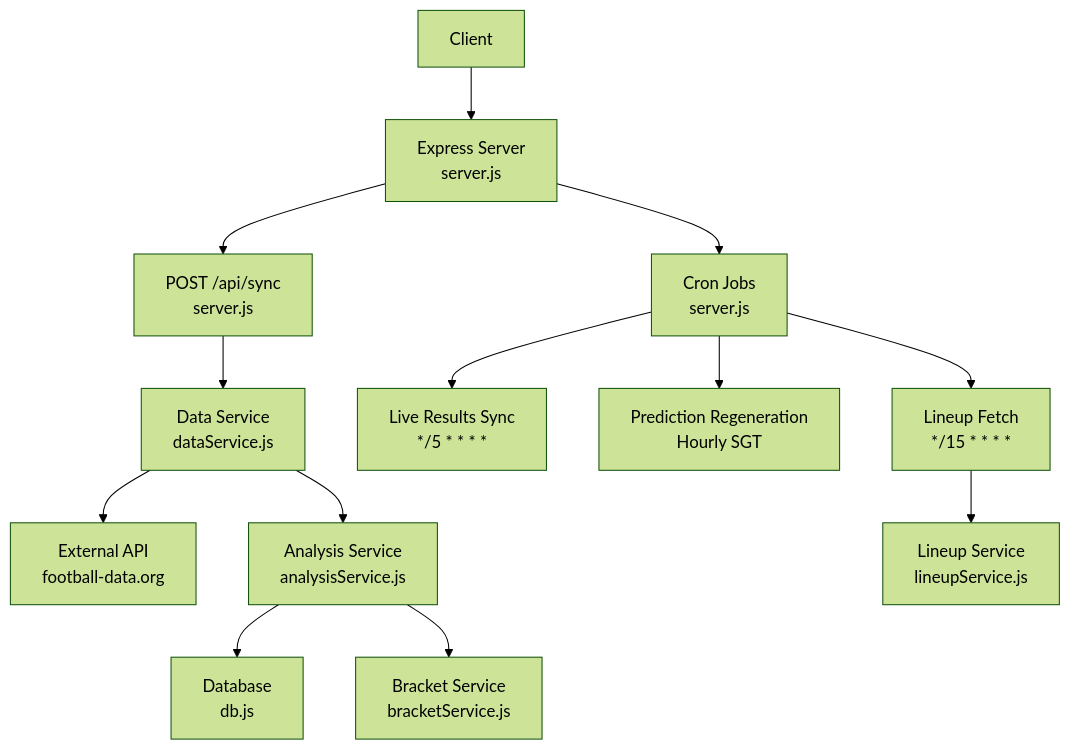
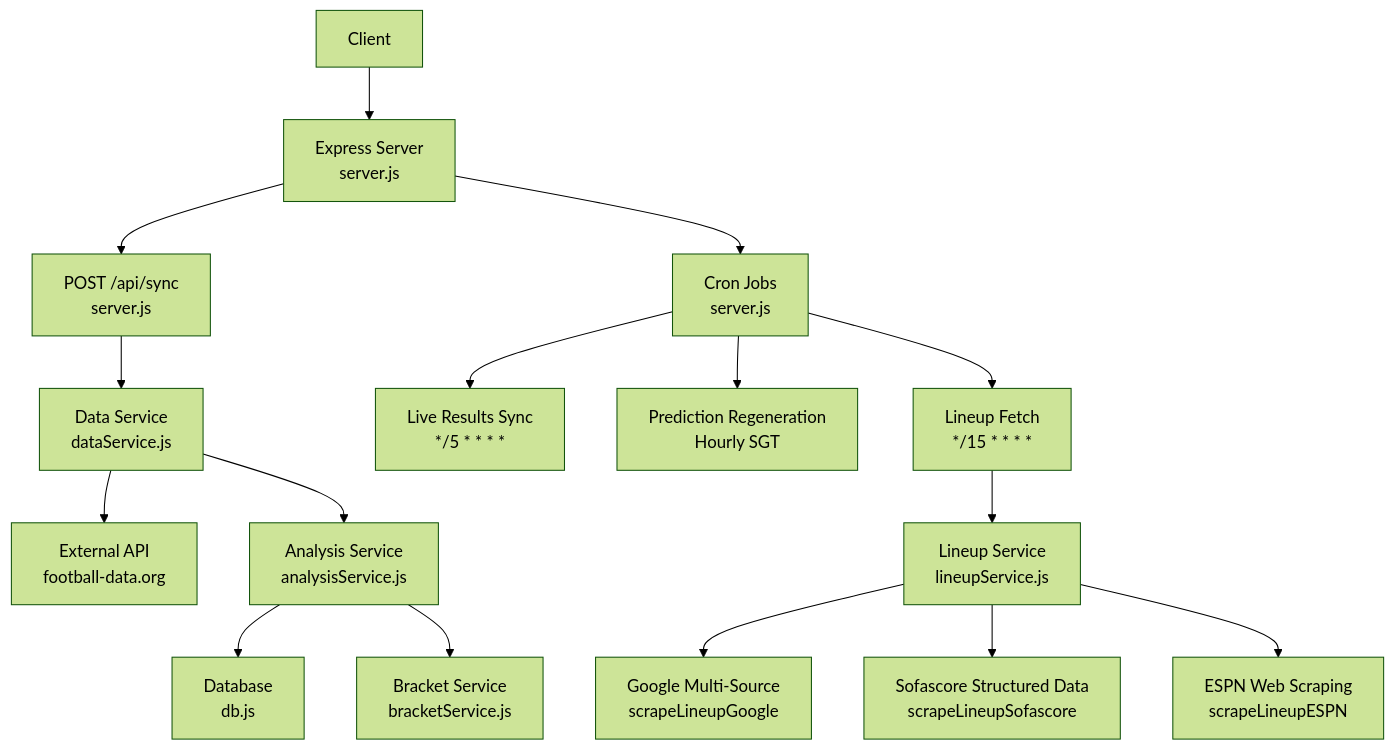
Before and after one commit to cheesiong/WC26-qwen: the first of 6 diagrams in .qoder/repowiki/en/content/Backend API Reference/System Synchronization API.md, drawn with Mermaid (forest theme). The commit also changed other lines of this file and 22 other files, not shown here.

````diff
--- a/.qoder/repowiki/en/content/Backend API Reference/System Synchronization API.md
+++ b/.qoder/repowiki/en/content/Backend API Reference/System Synchronization API.md
@@ -36,15 +43,18 @@
 ```mermaid
 graph TB
 Client["Client"] --> Server["Express Server<br/>server.js"]
 Server --> SyncEndpoint["POST /api/sync<br/>server.js"]
 SyncEndpoint --> DataService["Data Service<br/>dataService.js"]
 DataService --> FootballAPI["External API<br/>football-data.org"]
 DataService --> AnalysisService["Analysis Service<br/>analysisService.js"]
 AnalysisService --> DB["Database<br/>db.js"]
 AnalysisService --> BracketService["Bracket Service<br/>bracketService.js"]
 Server --> CronJobs["Cron Jobs<br/>server.js"]
 CronJobs --> LiveSync["Live Results Sync<br/>*/5 * * * *"]
 CronJobs --> PredictionRegen["Prediction Regeneration<br/>Hourly SGT"]
 CronJobs --> LineupFetch["Lineup Fetch<br/>*/15 * * * *"]
 LineupFetch --> LineupService["Lineup Service<br/>lineupService.js"]
+LineupService --> GoogleScrape["Google Multi-Source<br/>scrapeLineupGoogle"]
+LineupService --> SofascoreScrape["Sofascore Structured Data<br/>scrapeLineupSofascore"]
+LineupService --> ESPNScrape["ESPN Web Scraping<br/>scrapeLineupESPN"]
 ```
````
